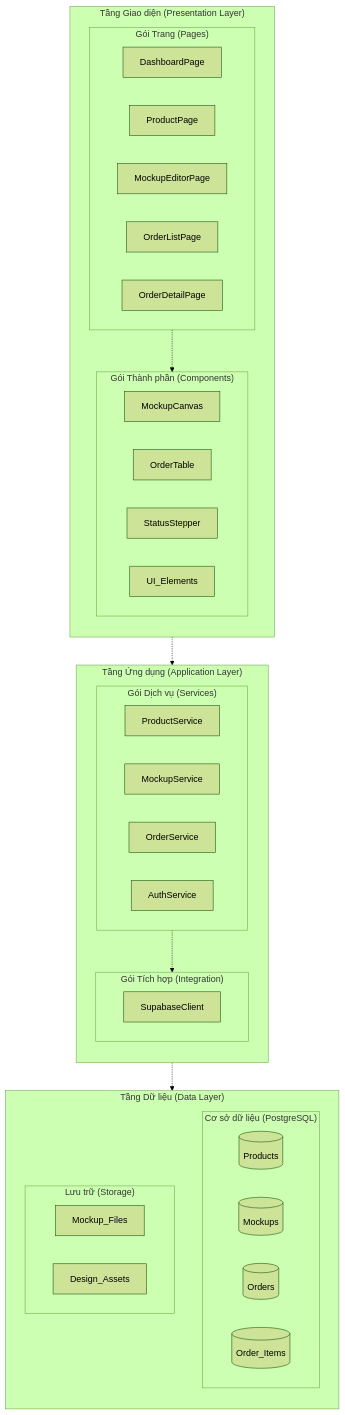
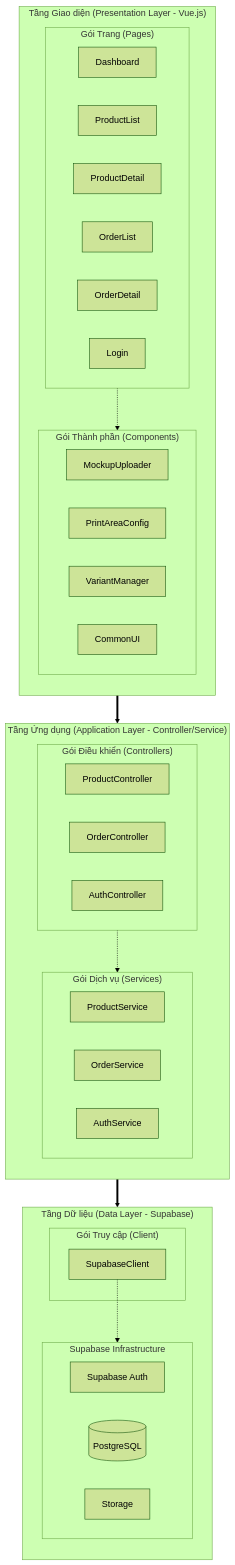
Before and after one commit to yennh712/project-2: the diagram in package-diagram.md, drawn with Mermaid (forest theme).

Commit message:
Update package diagram with new component names

````diff
--- a/package-diagram.md
+++ b/package-diagram.md
@@ -1,60 +1,61 @@
 ```mermaid
 flowchart TB
     %% TẦNG GIAO DIỆN (PRESENTATION LAYER)
-    subgraph PresentationLayer ["Tầng Giao diện (Presentation Layer)"]
+    subgraph PresentationLayer ["Tầng Giao diện (Presentation Layer - Vue.js)"]
         direction TB
-        subgraph ViewPages ["Gói Trang (Pages)"]
+        subgraph Pages ["Gói Trang (Pages)"]
             direction LR
-            P1[DashboardPage]
-            P2[ProductPage]
-            P3[MockupEditorPage]
-            P4[OrderListPage]
-            P5[OrderDetailPage]
+            P1[Dashboard]
+            P2[ProductList]
+            P3[ProductDetail]
+            P4[OrderList]
+            P5[OrderDetail]
+            P6[Login]
         end
-        subgraph ViewComponents ["Gói Thành phần (Components)"]
+        subgraph Components ["Gói Thành phần (Components)"]
             direction LR
-            C1[MockupCanvas]
-            C2[OrderTable]
-            C3[StatusStepper]
-            C4[UI_Elements]
+            C1[MockupUploader]
+            C2[PrintAreaConfig]
+            C3[VariantManager]
+            C4[CommonUI]
         end
-        ViewPages -.-> ViewComponents
+        Pages -.-> Components
     end
 
     %% TẦNG ỨNG DỤNG (APPLICATION LAYER)
-    subgraph ApplicationLayer ["Tầng Ứng dụng (Application Layer)"]
+    subgraph ApplicationLayer ["Tầng Ứng dụng (Application Layer - Controller/Service)"]
         direction TB
-        subgraph BusinessServices ["Gói Dịch vụ (Services)"]
+        subgraph Controllers ["Gói Điều khiển (Controllers)"]
+            direction LR
+            CTL1[ProductController]
+            CTL2[OrderController]
+            CTL3[AuthController]
+        end
+        subgraph Services ["Gói Dịch vụ (Services)"]
             direction LR
             S1[ProductService]
-            S2[MockupService]
-            S3[OrderService]
-            S4[AuthService]
+            S2[OrderService]
+            S3[AuthService]
         end
-        subgraph Integration ["Gói Tích hợp (Integration)"]
-            Client[SupabaseClient]
-        end
-        BusinessServices -.-> Integration
+        Controllers -.-> Services
     end
 
     %% TẦNG DỮ LIỆU (DATA LAYER)
-    subgraph DataLayer ["Tầng Dữ liệu (Data Layer)"]
+    subgraph DataLayer ["Tầng Dữ liệu (Data Layer - Supabase)"]
         direction TB
-        subgraph DBData ["Cơ sở dữ liệu (PostgreSQL)"]
+        subgraph Client ["Gói Truy cập (Client)"]
+            SC[SupabaseClient]
+        end
+        subgraph SupabaseModules ["Supabase Infrastructure"]
             direction LR
-            T1[(Products)]
-            T2[(Mockups)]
-            T3[(Orders)]
-            T4[(Order_Items)]
+            Auth[Supabase Auth]
+            DB[(PostgreSQL)]
+            ST[Storage]
         end
-        subgraph StorageData ["Lưu trữ (Storage)"]
-            direction LR
-            B1[Mockup_Files]
-            B2[Design_Assets]
-        end
+        SC -.-> SupabaseModules
     end
 
-    %% Mối quan hệ phụ thuộc tuân thủ quy tắc thiết kế
-    PresentationLayer -.-> ApplicationLayer
-    ApplicationLayer -.-> DataLayer
+    %% MỐI QUAN HỆ PHỤ THUỘC (DEPENDENCIES)
+    PresentationLayer ==> ApplicationLayer
+    ApplicationLayer ==> Client
 ```
````
